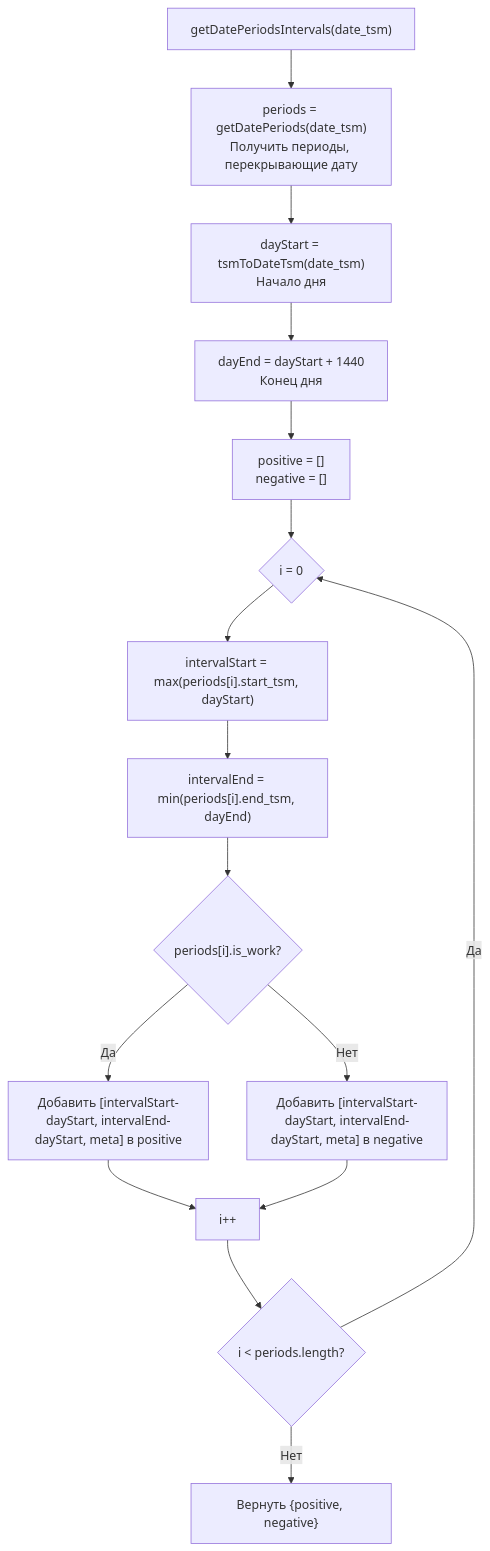
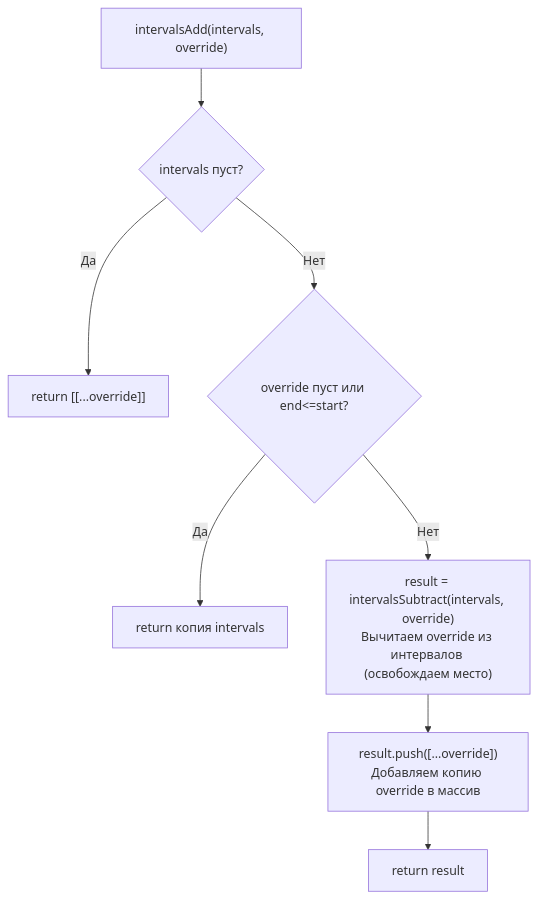
One commit to spo0okie/arms_inventory changed the third of 15 diagrams in modules/schedules/plans/compile.md. Above: the diagram before and after it, drawn with Mermaid. The commit also changed other lines of this file and 2 other files, not shown here.

````diff
--- a/modules/schedules/plans/compile.md
+++ b/modules/schedules/plans/compile.md
@@ -215,18 +384,10 @@
 ```mermaid
 flowchart TD
-    A["getDatePeriodsIntervals(date_tsm)"] --> B["periods = getDatePeriods(date_tsm)<br>Получить периоды, перекрывающие дату"]
-    B --> C["dayStart = tsmToDateTsm(date_tsm)<br>Начало дня"]
-    C --> D["dayEnd = dayStart + 1440<br>Конец дня"]
-    D --> E["positive = []<br>negative = []"]
-    E --> F{i = 0}
-    F --> H["intervalStart = max(periods[i].start_tsm, dayStart)"]
-    H --> I["intervalEnd = min(periods[i].end_tsm, dayEnd)"]
-    I --> G{"periods[i].is_work?"}
-    G --> |Да| J["Добавить [intervalStart-dayStart, intervalEnd-dayStart, meta] в positive"]
-    G --> |Нет| M["Добавить [intervalStart-dayStart, intervalEnd-dayStart, meta] в negative"]
-    J --> N
-    M --> N["i++"]
-    N --> O{"i < periods.length?"}
-    O -->|Да| F
-    O -->|Нет| P["Вернуть {positive, negative}"]
+    A["intervalsAdd(intervals, override)"] --> B{"intervals пуст?"}
+    B -->|Да| C["return [[...override]]"]
+    B -->|Нет| D{"override пуст или end<=start?"}
+    D -->|Да| E["return копия intervals"]
+    D -->|Нет| F["result = intervalsSubtract(intervals, override)<br/>Вычитаем override из интервалов (освобождаем место)"]
+    F --> G["result.push([...override])<br/>Добавляем копию override в массив"]
+    G --> H["return result"]
 ```
````
